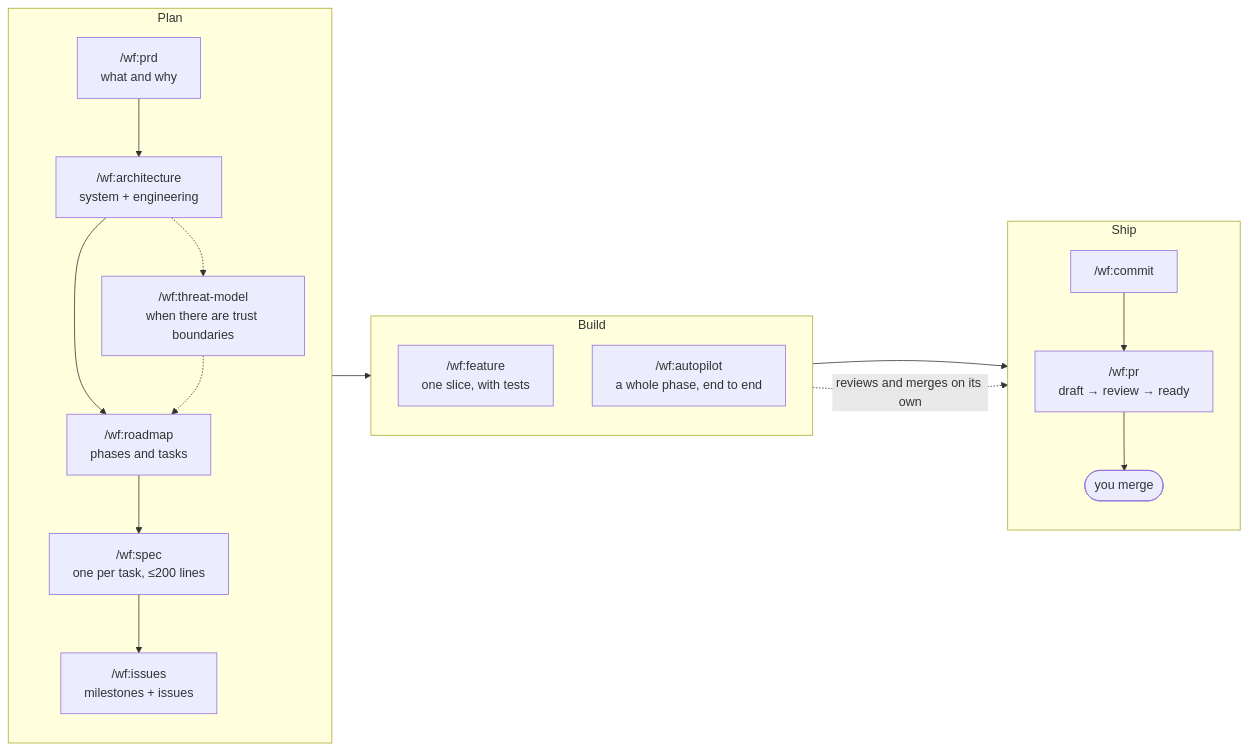
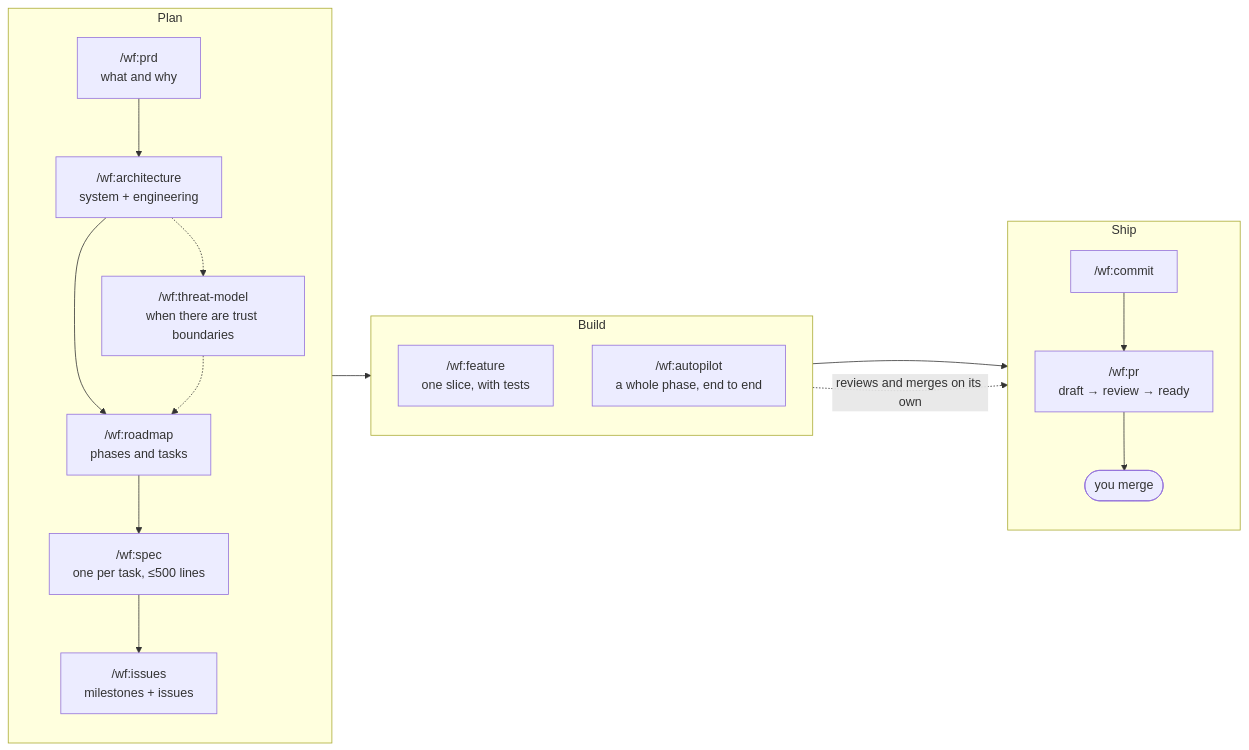
The diagram in README.md (0xrafasec/ai-workflow), drawn with Mermaid before and after one commit. The commit also changed other lines of this file and 6 other files, not shown here.

Commit message:
refactor(skills): slice and gate at ~500 source lines, per the new size guide

````diff
--- a/README.md
+++ b/README.md
@@ -62,25 +62,25 @@
 ```mermaid
 flowchart LR
     subgraph Plan
         direction TB
         PRD["/wf:prd<br/>what and why"] --> ARCH["/wf:architecture<br/>system + engineering"]
         ARCH --> ROAD
         ARCH -.-> TM["/wf:threat-model<br/>when there are trust boundaries"]
         TM -.-> ROAD["/wf:roadmap<br/>phases and tasks"]
-        ROAD --> SPEC["/wf:spec<br/>one per task, ≤200 lines"]
+        ROAD --> SPEC["/wf:spec<br/>one per task, ≤500 lines"]
         SPEC --> ISS["/wf:issues<br/>milestones + issues"]
     end
     subgraph Build
         direction TB
         FEAT["/wf:feature<br/>one slice, with tests"]
         AUTO["/wf:autopilot<br/>a whole phase, end to end"]
     end
     subgraph Ship
         direction TB
         COMMIT["/wf:commit"] --> PR["/wf:pr<br/>draft → review → ready"]
         PR --> MERGE(["you merge"])
     end
     Plan --> Build
     FEAT --> COMMIT
     AUTO -. "reviews and merges on its own" .-> MERGE
 ```
````
